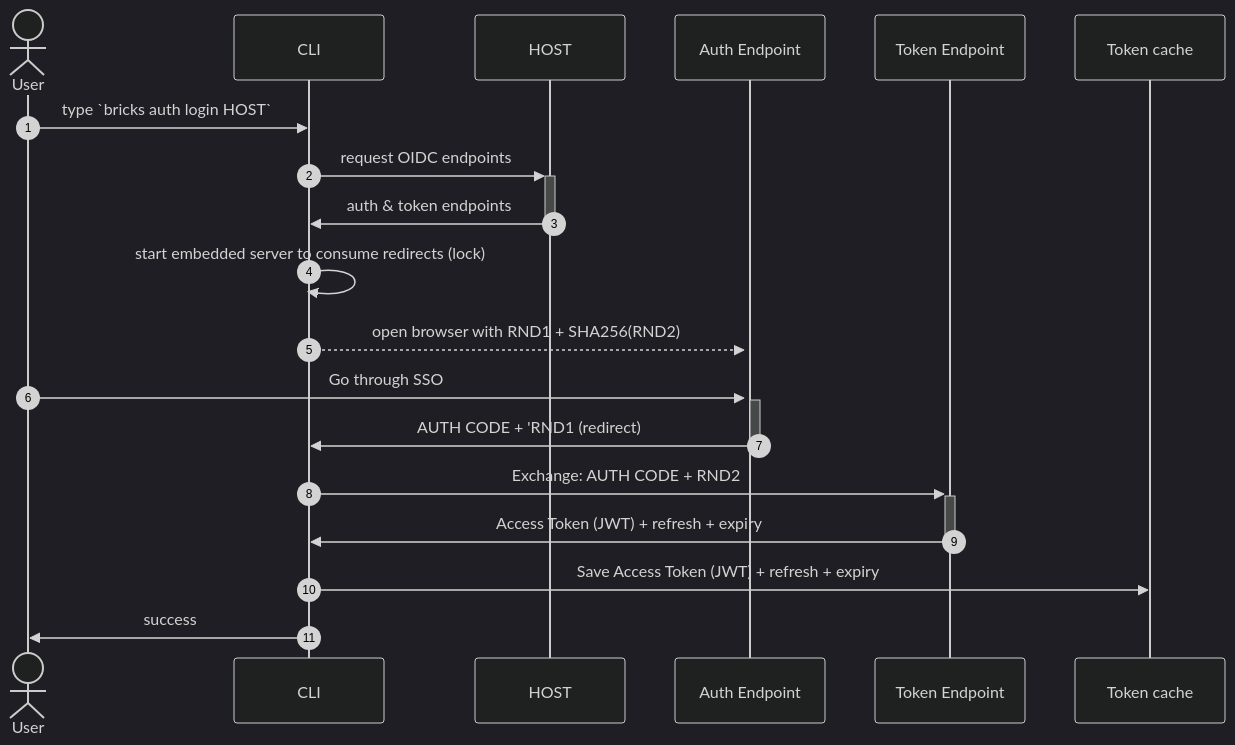
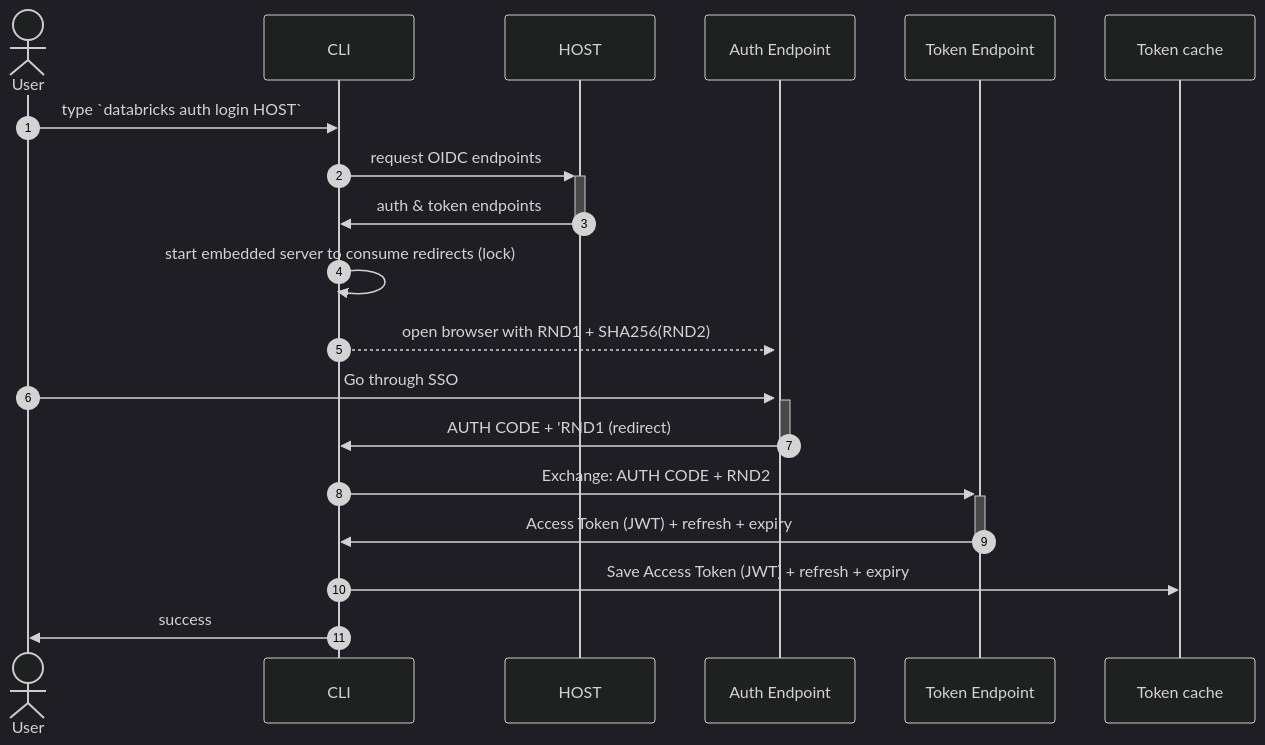
The first of 2 diagrams in cmd/auth/README.md (databricks/cli), drawn with Mermaid (dark theme) before and after one commit. The commit also changed other lines of this file and 3 other files, not shown here.

````diff
--- a/cmd/auth/README.md
+++ b/cmd/auth/README.md
@@ -5,19 +5,19 @@
 ```mermaid
 sequenceDiagram
     autonumber
     actor User
-    
-    User ->> CLI: type `bricks auth login HOST`
+
+    User ->> CLI: type `databricks auth login HOST`
     CLI ->>+ HOST: request OIDC endpoints
     HOST ->>- CLI: auth & token endpoints
     CLI ->> CLI: start embedded server to consume redirects (lock)
     CLI -->>+ Auth Endpoint: open browser with RND1 + SHA256(RND2)
 
     User ->>+ Auth Endpoint: Go through SSO
     Auth Endpoint ->>- CLI: AUTH CODE + 'RND1 (redirect)
 
     CLI ->>+ Token Endpoint: Exchange: AUTH CODE + RND2
     Token Endpoint ->>- CLI: Access Token (JWT) + refresh + expiry
     CLI ->> Token cache: Save Access Token (JWT) + refresh + expiry
     CLI ->> User: success
 ```
````
